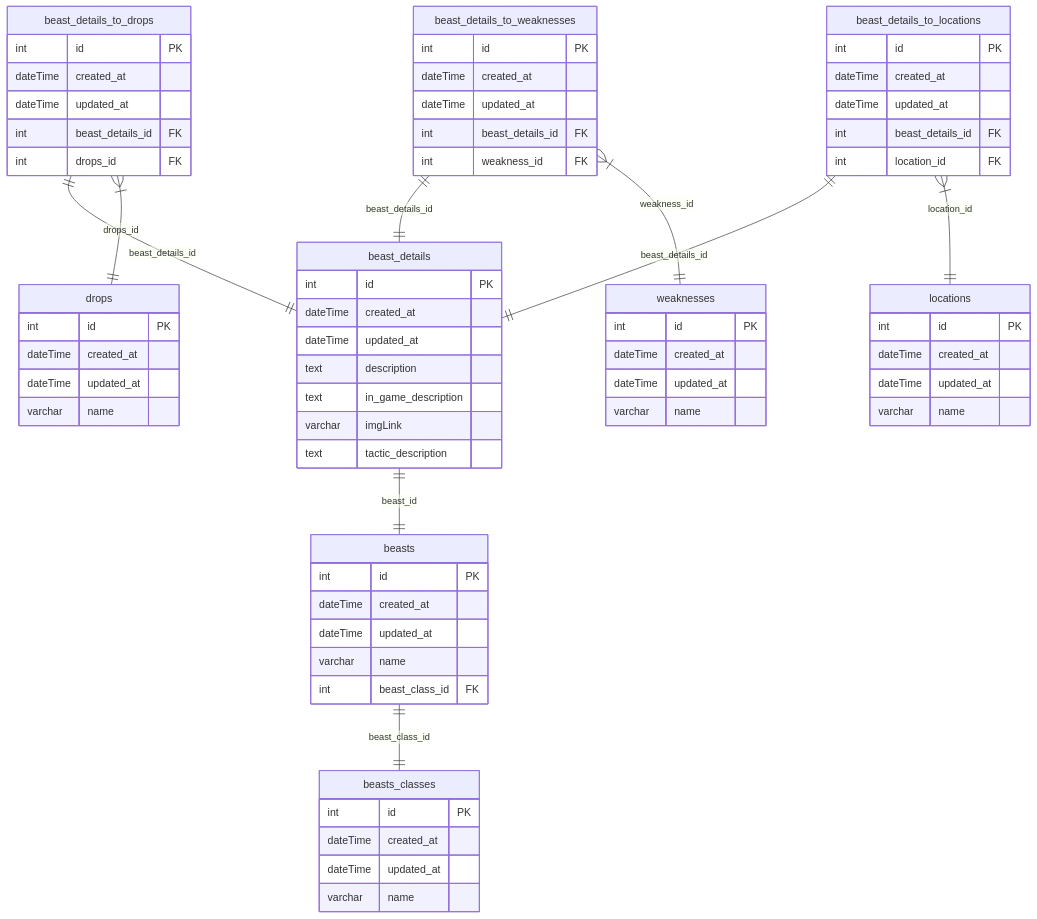
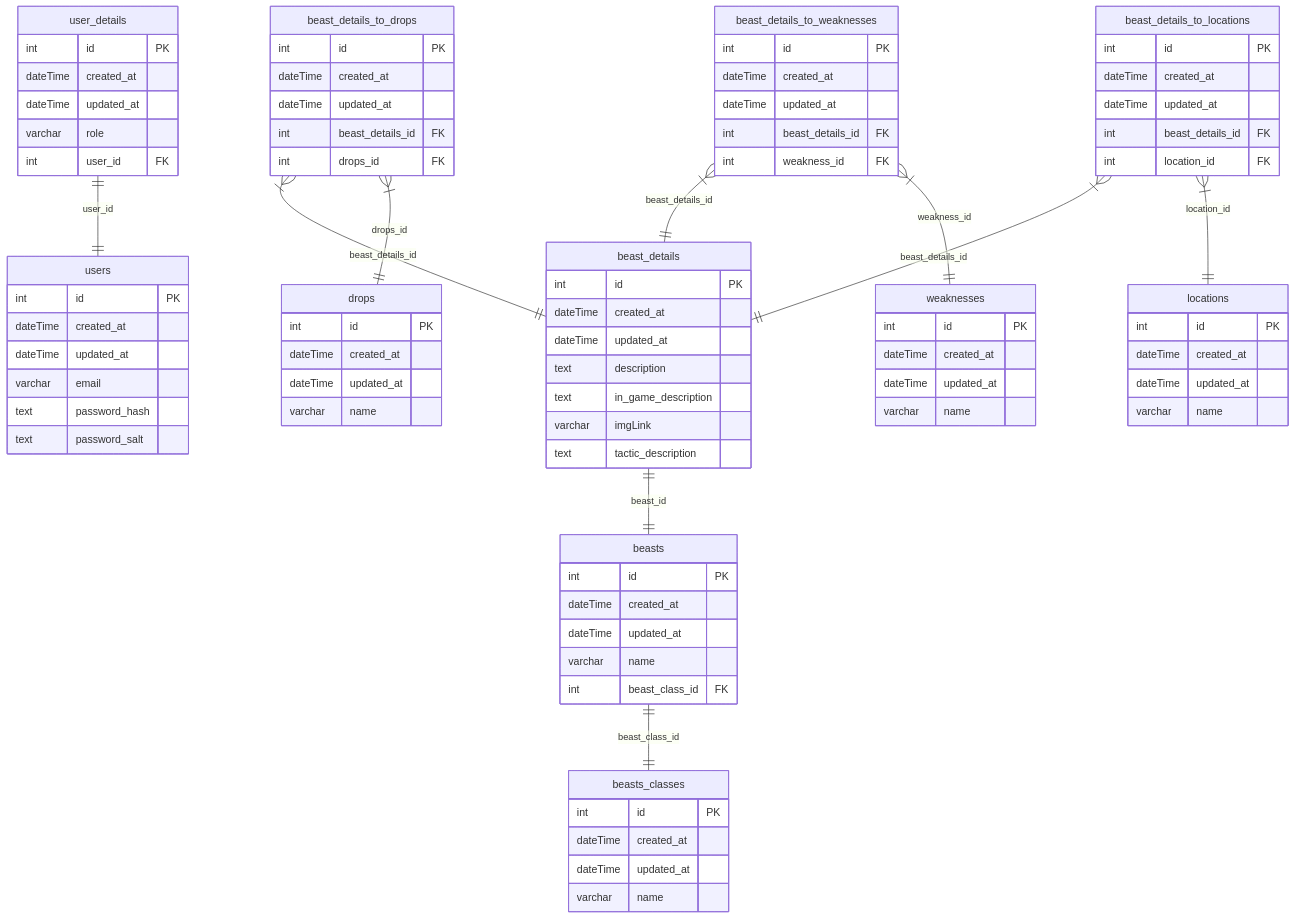
The diagram in readme.md (WilhelmWesser/beastiarium), drawn with Mermaid before and after one commit.

Commit message:
BSTRM: fixed initial schema and added new tables

````diff
--- a/readme.md
+++ b/readme.md
@@ -4,5 +4,23 @@
 ```mermaid
 erDiagram
+
+    users {
+        int id PK
+        dateTime created_at
+        dateTime updated_at
+        varchar email
+        text password_hash
+        text password_salt
+    }
+    
+    user_details ||--|| users : user_id
+    user_details {
+        int id PK
+        dateTime created_at
+        dateTime updated_at
+        varchar role    
+        int user_id FK
+    }
 
     beasts_classes {
         int id PK
@@ -52,7 +70,7 @@
         text tactic_description
     }
     
-    beast_details_to_drops ||--|| beast_details : beast_details_id
+    beast_details_to_drops }|--|| beast_details : beast_details_id
     beast_details_to_drops }|--|| drops : drops_id
     beast_details_to_drops {
         int id PK
@@ -62,7 +80,7 @@
         int drops_id FK
     }
     
-    beast_details_to_locations ||--|| beast_details : beast_details_id
+    beast_details_to_locations }|--|| beast_details : beast_details_id
     beast_details_to_locations }|--|| locations : location_id
     beast_details_to_locations {
         int id PK
@@ -72,7 +90,7 @@
         int location_id FK
     }
     
-    beast_details_to_weaknesses ||--|| beast_details : beast_details_id
+    beast_details_to_weaknesses }|--|| beast_details : beast_details_id
     beast_details_to_weaknesses }|--|| weaknesses : weakness_id
     beast_details_to_weaknesses {
         int id PK
````
